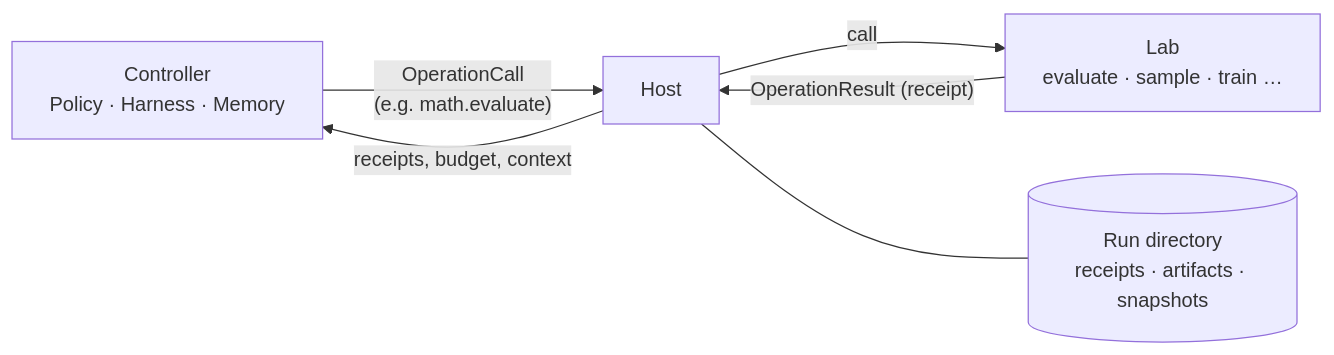
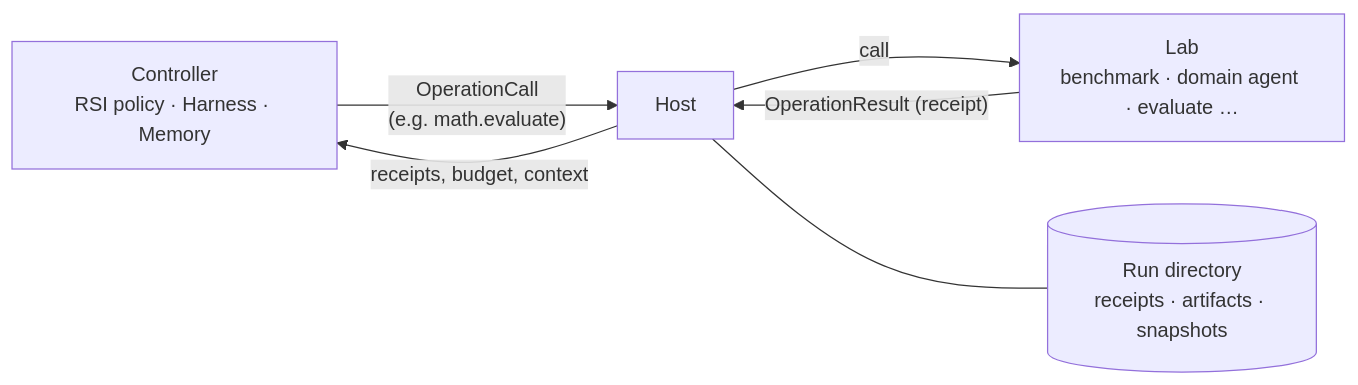
Before and after one commit to FreedomIntelligence/RSIComposer: the diagram in docs/concepts.md, drawn with Mermaid. The commit also changed other lines of this file and 13 other files, not shown here.

````diff
--- a/docs/concepts.md
+++ b/docs/concepts.md
@@ -7,8 +7,8 @@
 ```mermaid
 flowchart LR
-    C["Controller<br/>Policy · Harness · Memory"] -- "OperationCall<br/>(e.g. math.evaluate)" --> H[Host]
-    H -- call --> L["Lab<br/>evaluate · sample · train …"]
+    C["Controller<br/>RSI policy · Harness · Memory"] -- "OperationCall<br/>(e.g. math.evaluate)" --> H[Host]
+    H -- call --> L["Lab<br/>benchmark · domain agent · evaluate …"]
     L -- "OperationResult (receipt)" --> H
     H -- "receipts, budget, context" --> C
     H --- S[("Run directory<br/>receipts · artifacts · snapshots")]
 ```
````
